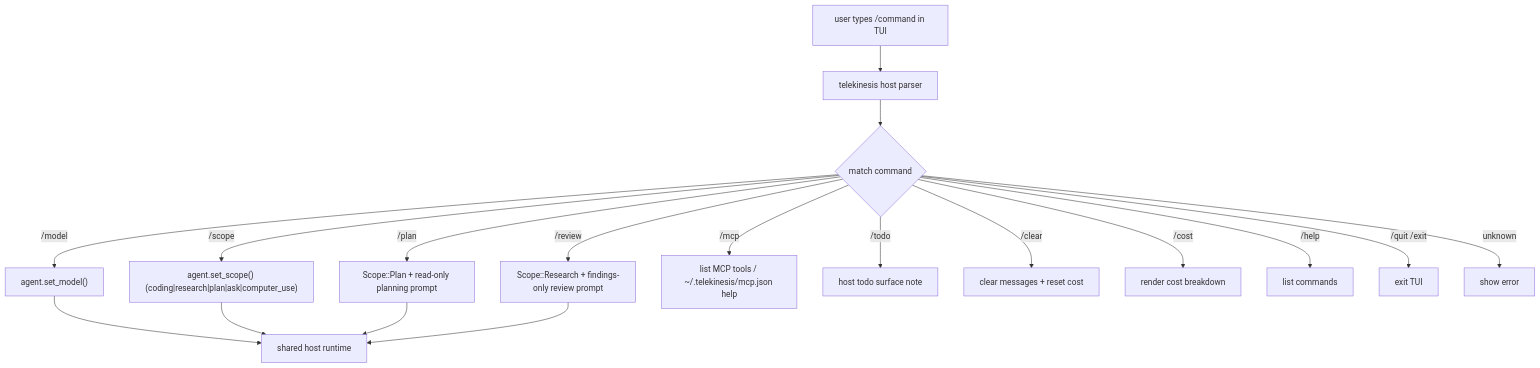
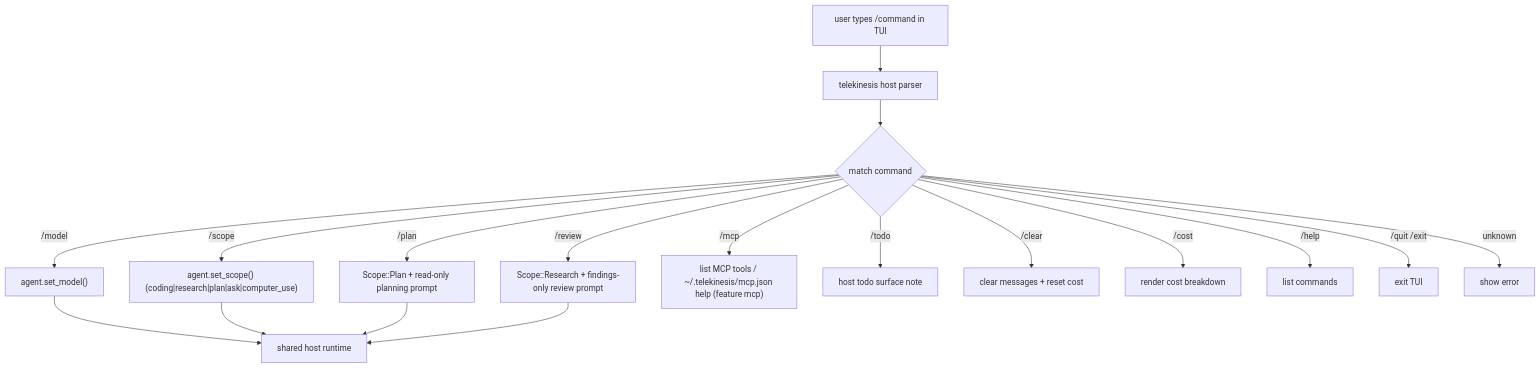
The third of 3 diagrams in docs/ARCHITECTURE.md (semitechnological/telekinesis), drawn with Mermaid before and after one commit. The commit also changed other lines of this file and 43 other files, not shown here.

````diff
--- a/docs/ARCHITECTURE.md
+++ b/docs/ARCHITECTURE.md
@@ -75,20 +75,20 @@
 ```mermaid
 flowchart TD
   Type["user types /command in TUI"] --> Parse["telekinesis host parser"]
   Parse --> Match{"match command"}
   Match -->|/model| M["agent.set_model()"]
   Match -->|/scope| S["agent.set_scope() (coding|research|plan|ask|computer_use)"]
   Match -->|/plan| P["Scope::Plan + read-only planning prompt"]
   Match -->|/review| R["Scope::Research + findings-only review prompt"]
-  Match -->|/mcp| Mcp["list MCP tools / ~/.telekinesis/mcp.json help"]
+  Match -->|/mcp| Mcp["list MCP tools / ~/.telekinesis/mcp.json help (feature mcp)"]
   Match -->|/todo| Todo["host todo surface note"]
   Match -->|/clear| C["clear messages + reset cost"]
   Match -->|/cost| Co["render cost breakdown"]
   Match -->|/help| H["list commands"]
   Match -->|/quit /exit| Q["exit TUI"]
   Match -->|unknown| E["show error"]
   M --> Agent["shared host runtime"]
   S --> Agent
   P --> Agent
   R --> Agent
 ```
````
